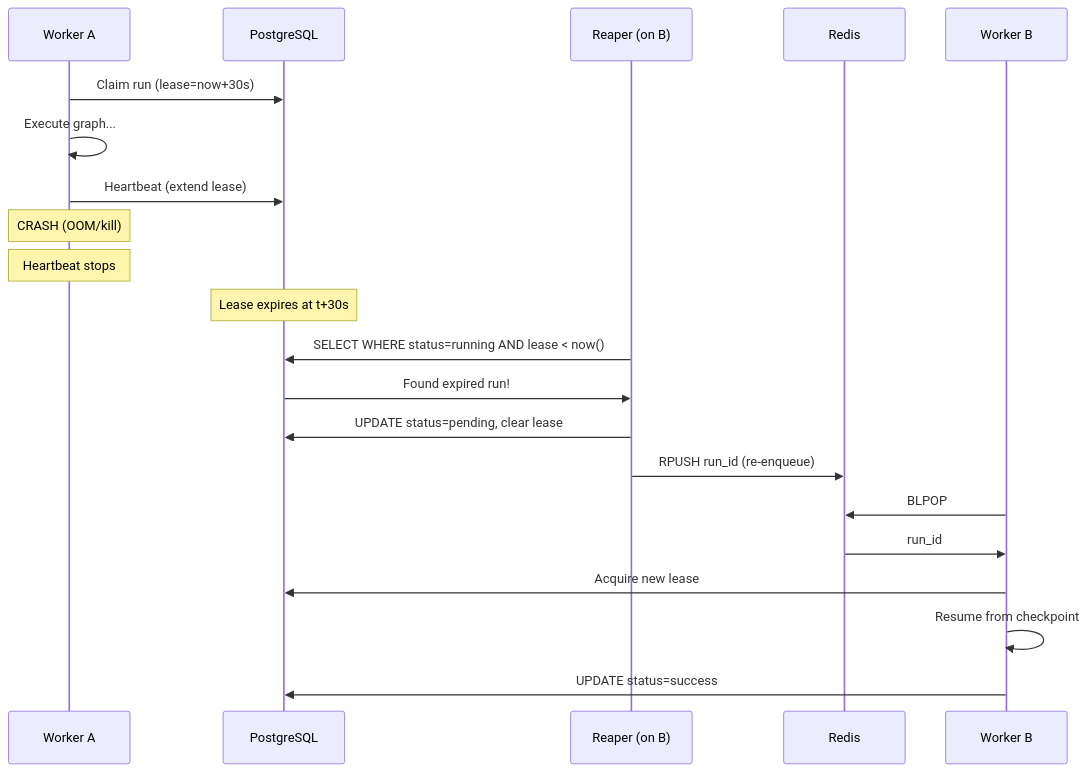
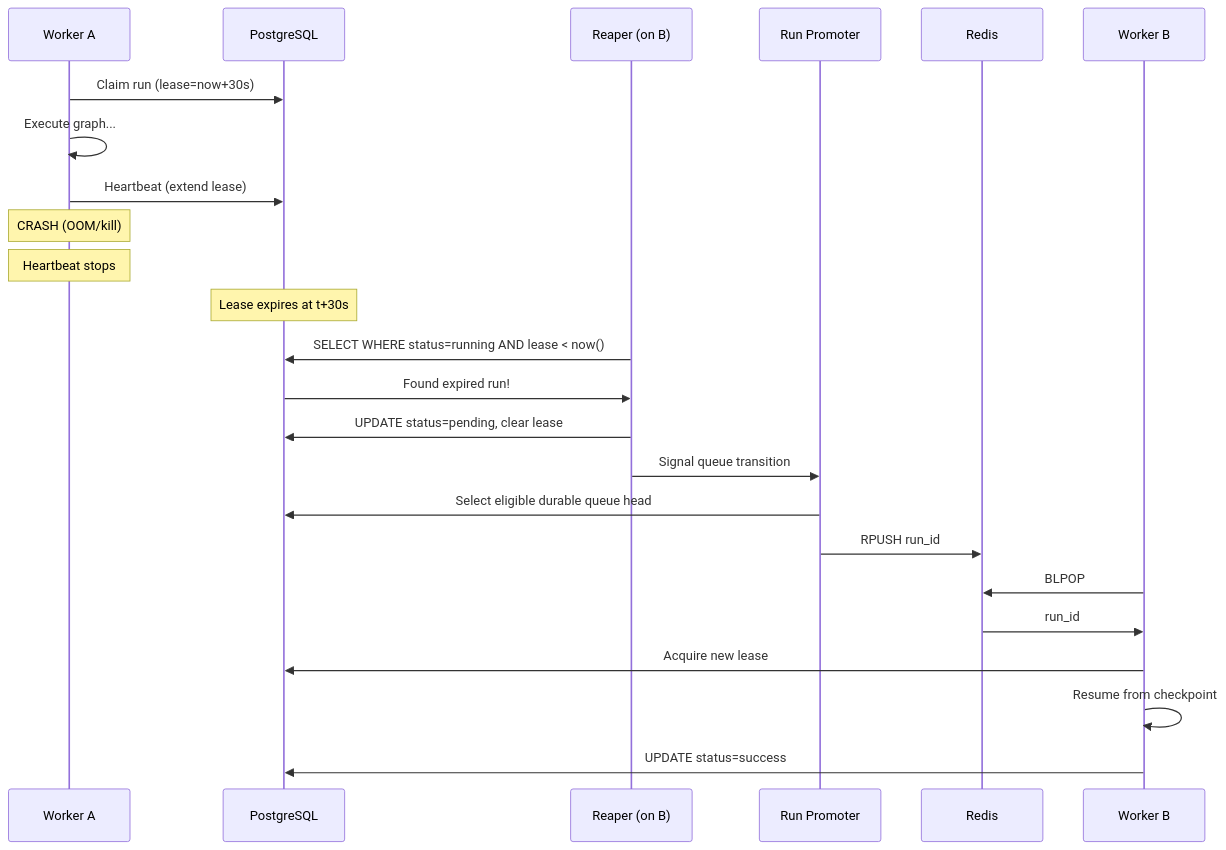
The fifth of 6 diagrams in docs/guides/worker-architecture.mdx (Z360BIZ-LLC/aegra), drawn with Mermaid before and after one commit. The commit also changed other lines of this file and 6 other files, not shown here.

````diff
--- a/docs/guides/worker-architecture.mdx
+++ b/docs/guides/worker-architecture.mdx
@@ -197,28 +243,31 @@
 ```mermaid
 sequenceDiagram
     participant WA as Worker A
     participant PG as PostgreSQL
     participant Reaper as Reaper (on B)
+    participant Promoter as Run Promoter
     participant R as Redis
     participant WB as Worker B
 
     WA->>PG: Claim run (lease=now+30s)
     WA->>WA: Execute graph...
     WA->>PG: Heartbeat (extend lease)
 
     Note over WA: CRASH (OOM/kill)
     Note over WA: Heartbeat stops
 
     Note over PG: Lease expires at t+30s
 
     Reaper->>PG: SELECT WHERE status=running AND lease < now()
     PG->>Reaper: Found expired run!
     Reaper->>PG: UPDATE status=pending, clear lease
-    Reaper->>R: RPUSH run_id (re-enqueue)
+    Reaper->>Promoter: Signal queue transition
+    Promoter->>PG: Select eligible durable queue head
+    Promoter->>R: RPUSH run_id
 
     WB->>R: BLPOP
     R->>WB: run_id
     WB->>PG: Acquire new lease
     WB->>WB: Resume from checkpoint
     WB->>PG: UPDATE status=success
 ```
````
